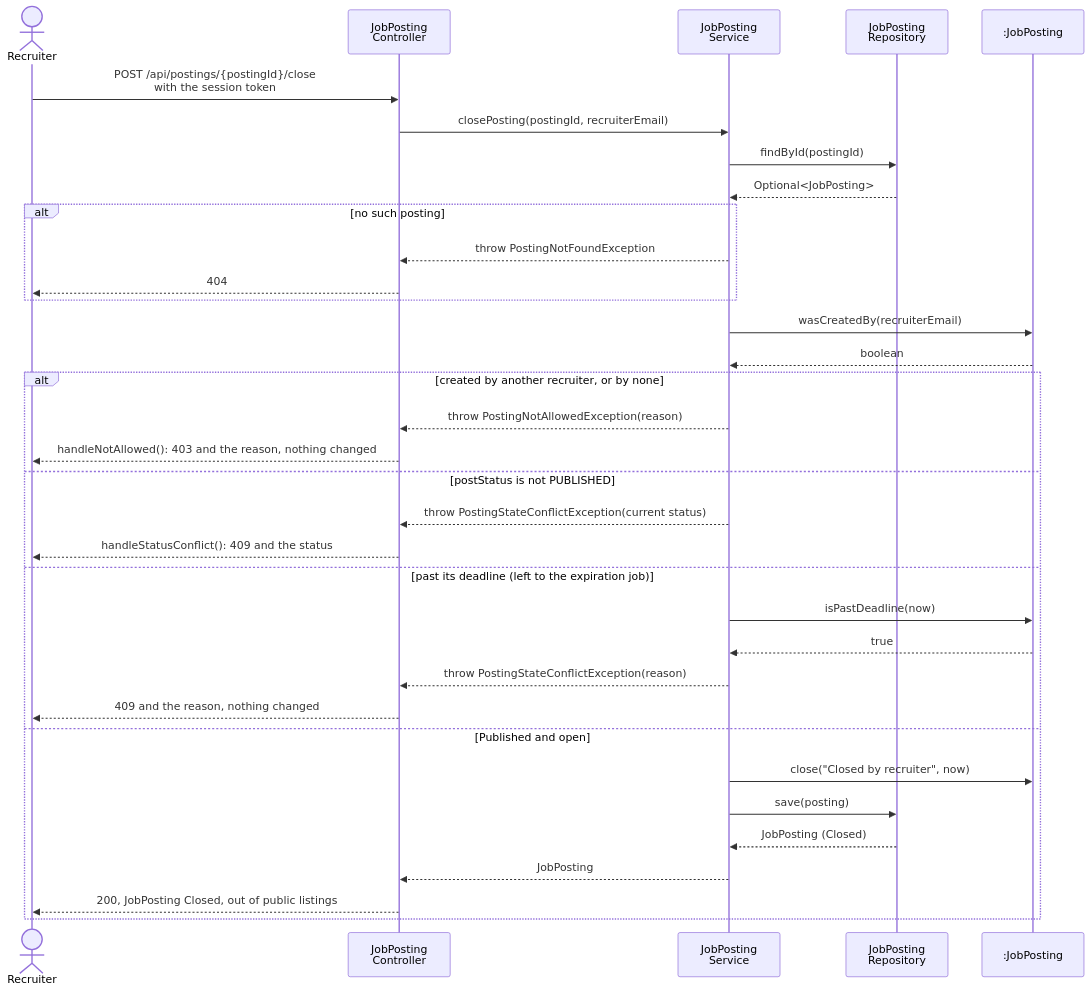
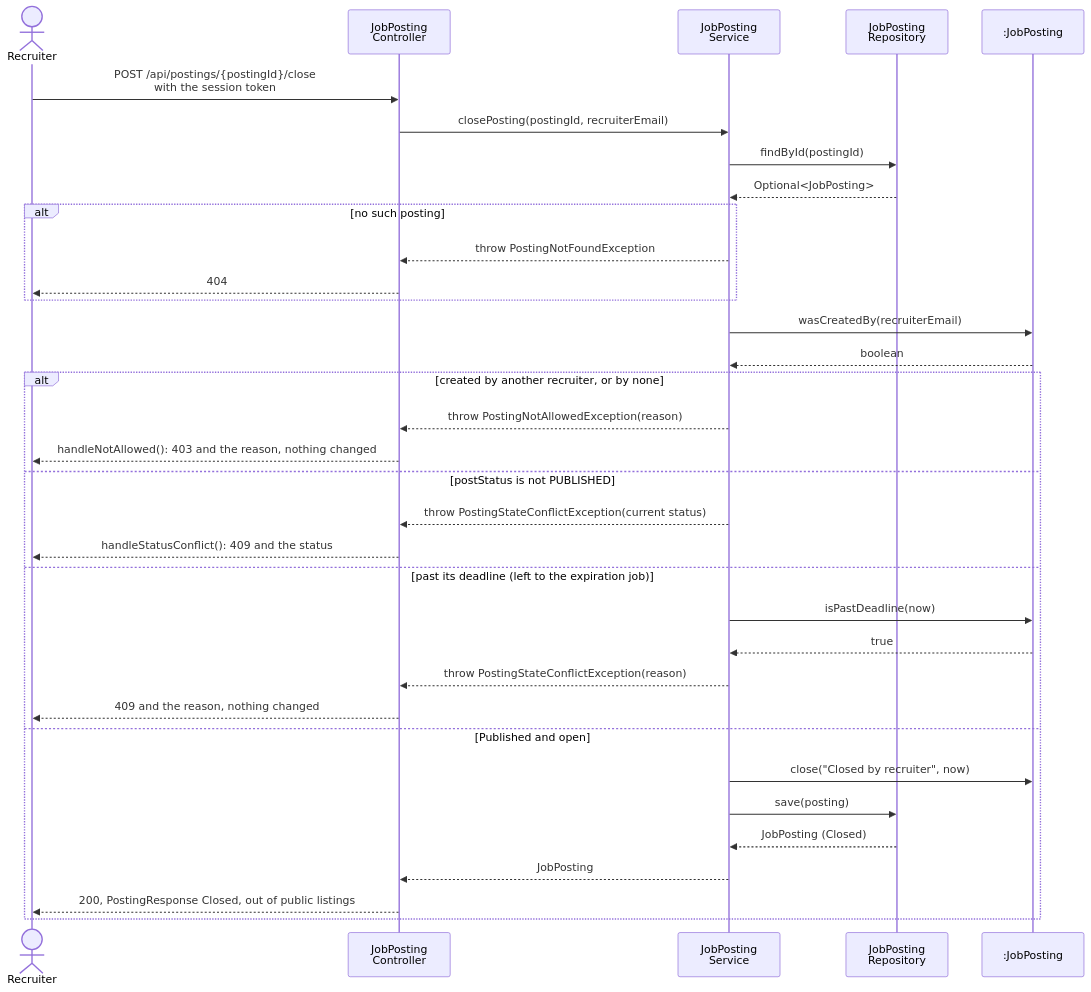
Before and after one commit to berdyshevol/careerbridge-csi5324: diagram 16 of 17 in spec/design.md, drawn with Mermaid. The commit also changed other lines of this file and 5 other files, not shown here.

First line of the commit message:
SCRUM-262 Recruiter and administrator posting answers go through PostingResponse

````diff
--- a/spec/design.md
+++ b/spec/design.md
@@ -790,37 +790,37 @@
 ```mermaid
 sequenceDiagram
     actor R as Recruiter
     participant JC as JobPosting<br/>Controller
     participant JS as JobPosting<br/>Service
     participant JR as JobPosting<br/>Repository
     participant P as :JobPosting
 
     R->>JC: POST /api/postings/{postingId}/close<br/>with the session token
     JC->>JS: closePosting(postingId, recruiterEmail)
     JS->>JR: findById(postingId)
     JR-->>JS: Optional<JobPosting>
     alt no such posting
         JS-->>JC: throw PostingNotFoundException
         JC-->>R: 404
     end
     JS->>P: wasCreatedBy(recruiterEmail)
     P-->>JS: boolean
     alt created by another recruiter, or by none
         JS-->>JC: throw PostingNotAllowedException(reason)
         JC-->>R: handleNotAllowed(): 403 and the reason, nothing changed
     else postStatus is not PUBLISHED
         JS-->>JC: throw PostingStateConflictException(current status)
         JC-->>R: handleStatusConflict(): 409 and the status
     else past its deadline (left to the expiration job)
         JS->>P: isPastDeadline(now)
         P-->>JS: true
         JS-->>JC: throw PostingStateConflictException(reason)
         JC-->>R: 409 and the reason, nothing changed
     else Published and open
         JS->>P: close("Closed by recruiter", now)
         JS->>JR: save(posting)
         JR-->>JS: JobPosting (Closed)
         JS-->>JC: JobPosting
-        JC-->>R: 200, JobPosting Closed, out of public listings
+        JC-->>R: 200, PostingResponse Closed, out of public listings
     end
 ```
````
